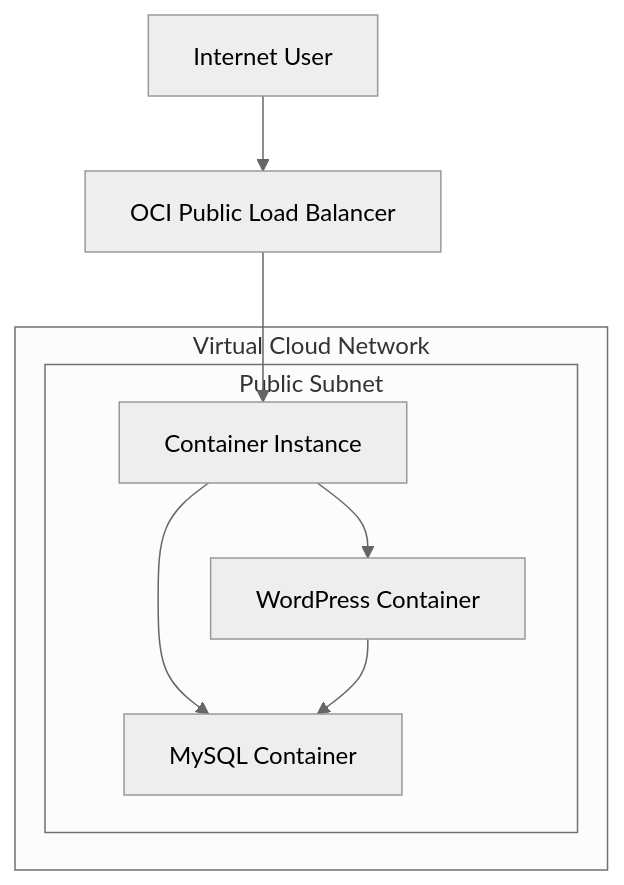
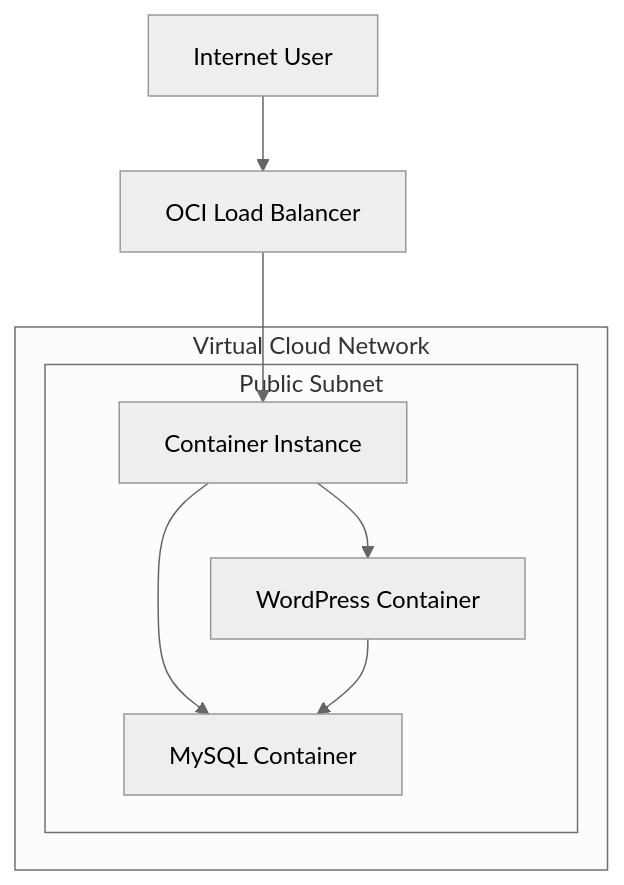
The diagram in README.md (JohnContrerasDiaz/ContainerInstances), drawn with Mermaid (neutral theme) before and after one commit. The commit also changed other lines of this file, not shown here.

````diff
--- a/README.md
+++ b/README.md
@@ -117,28 +117,28 @@
 ```mermaid
 flowchart TB
 
     User[Internet User]
 
-    LB[OCI Public Load Balancer]
+    LB[OCI Load Balancer]
 
     subgraph VCN[Virtual Cloud Network]
 
-        subgraph PublicSubnet[Public Subnet]
+        subgraph Subnet[Public Subnet]
 
             CI[Container Instance]
 
             WP[WordPress Container]
             DB[MySQL Container]
 
         end
 
     end
 
     User --> LB
     LB --> CI
 
     CI --> WP
     CI --> DB
 
     WP --> DB
 ```
````
